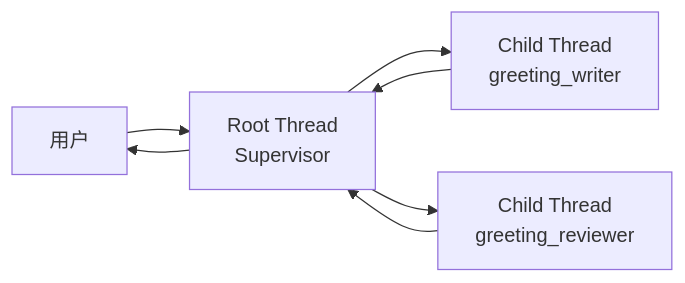
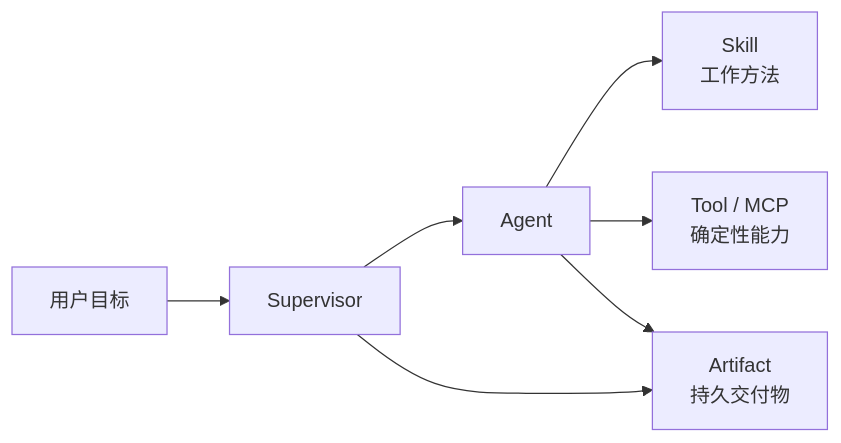
The diagram in docs/multi-agent-development-tutorial.md (JO-WTF/open-web-codex), drawn with Mermaid before and after one commit. The commit also changed other lines of this file and 5 other files, not shown here.

````diff
--- a/docs/multi-agent-development-tutorial.md
+++ b/docs/multi-agent-development-tutorial.md
@@ -46,9 +36,9 @@
 ```mermaid
 flowchart LR
-    U["用户"] --> R["Root Thread<br/>Supervisor"]
-    R --> W["Child Thread<br/>greeting_writer"]
-    W --> R
-    R --> V["Child Thread<br/>greeting_reviewer"]
-    V --> R
-    R --> U
+    U["用户目标"] --> S["Supervisor"]
+    S --> A["Agent"]
+    A --> K["Skill<br/>工作方法"]
+    A --> T["Tool / MCP<br/>确定性能力"]
+    A --> R["Artifact<br/>持久交付物"]
+    S --> R
 ```
````
